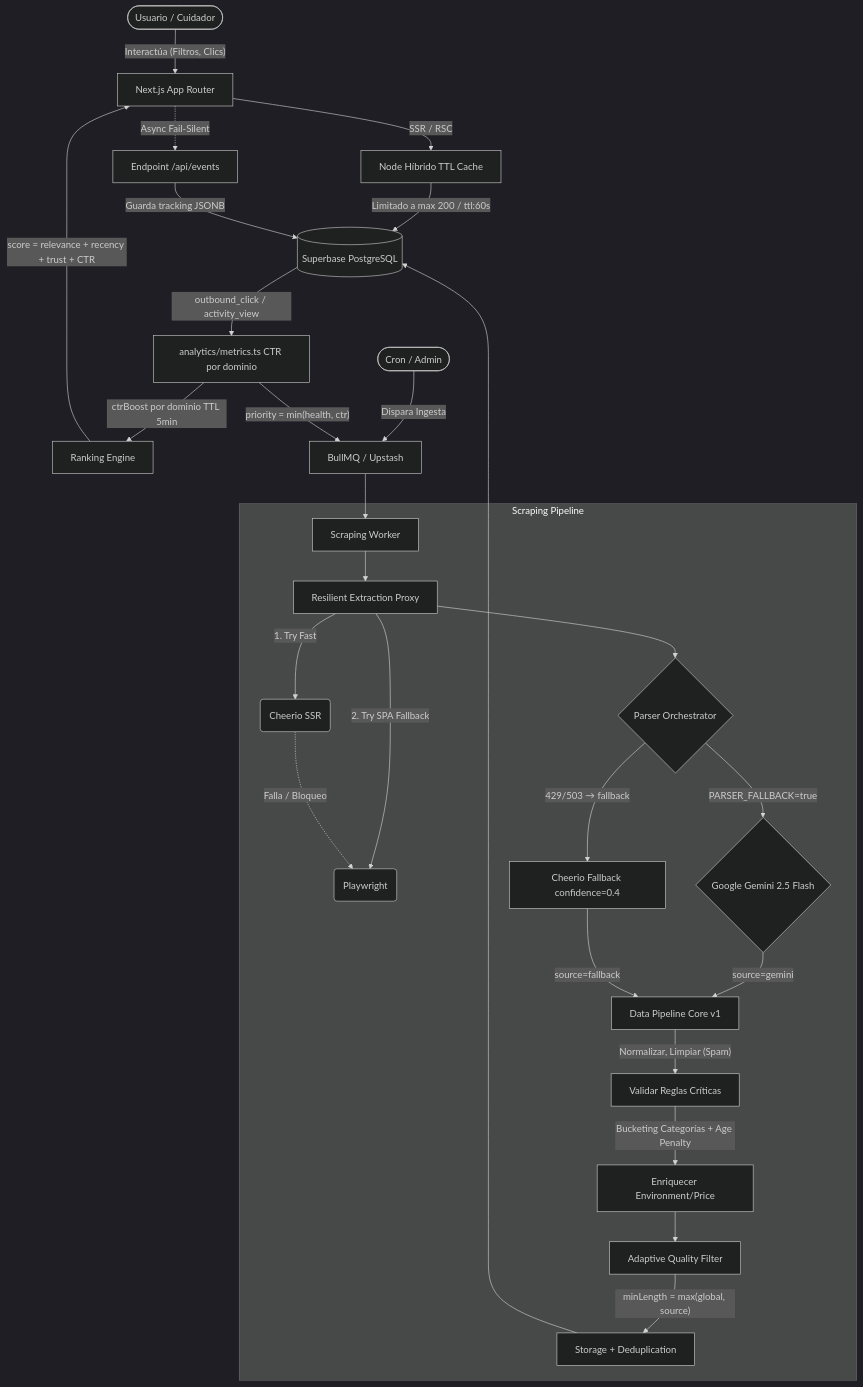
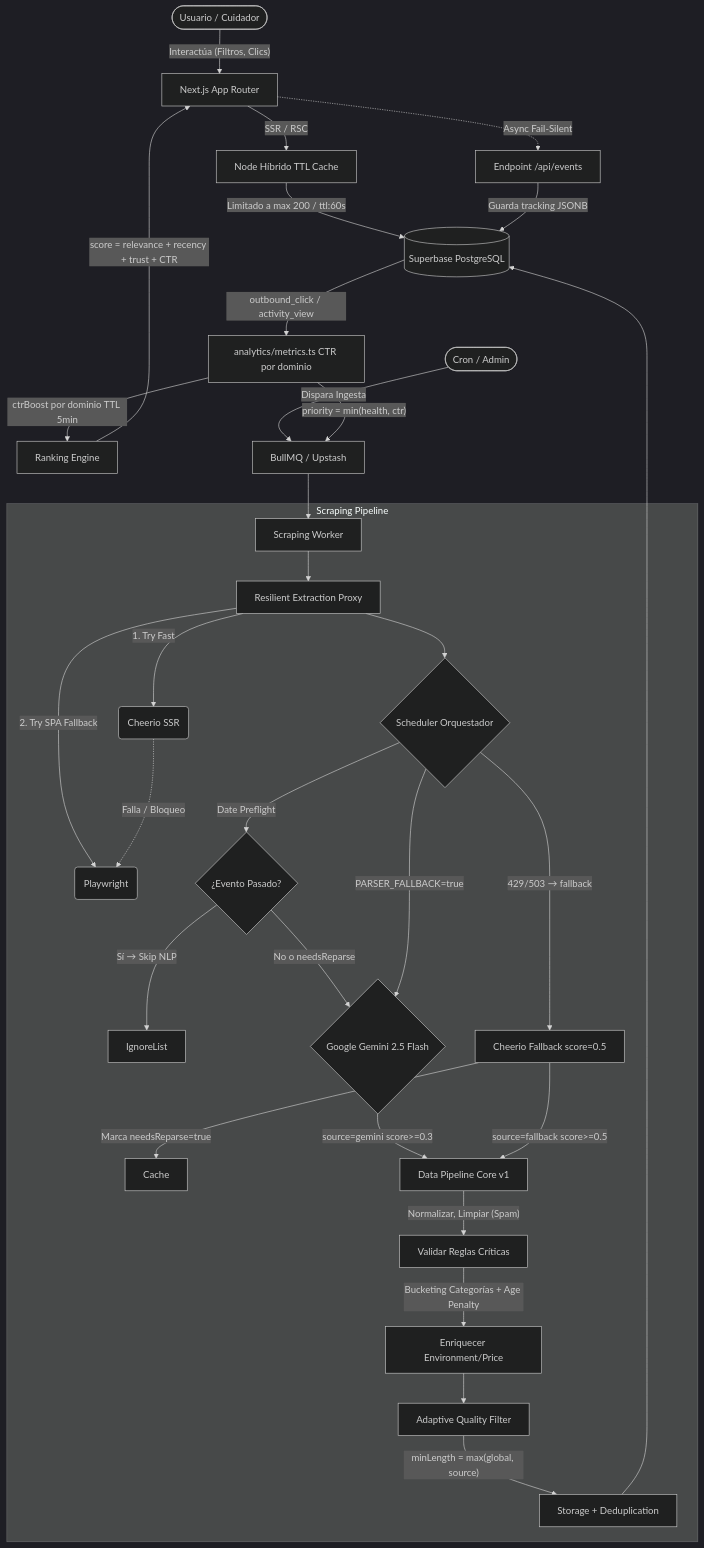
One commit to Darg9/infantia changed the diagram in ARCHITECTURE.md. Above: the diagram before and after it, drawn with Mermaid (dark theme). The commit also changed other lines of this file and 7 other files, not shown here.

````diff
--- a/ARCHITECTURE.md
+++ b/ARCHITECTURE.md
@@ -18,45 +18,50 @@
 ```mermaid
 flowchart TD
     %% Usuarios y UX
     User([Usuario / Cuidador]) --> |"Interactúa (Filtros, Clics)"| NextJS
     NextJS[Next.js App Router] --> |"SSR / RSC"| HybridCache[Node Híbrido TTL Cache]
     HybridCache --> |"Limitado a max 200 / ttl:60s"| DB[(Superbase PostgreSQL)]
 
     %% Tracker Analytics Zero-Dependency
     NextJS -.-> |"Async Fail-Silent"| EdgeAnalytics[Endpoint /api/events]
     EdgeAnalytics --> |"Guarda tracking JSONB"| DB
 
     %% CTR Feedback Loop (S44)
     DB --> |"outbound_click / activity_view"| CTRMetrics[analytics/metrics.ts CTR por dominio]
     CTRMetrics --> |"ctrBoost por dominio TTL 5min"| RankingEngine[Ranking Engine]
     RankingEngine --> |"score = relevance + recency + trust + CTR"| NextJS
 
     %% Ingesta (Cron / Admin)
     Admin([Cron / Admin]) --> |"Dispara Ingesta"| Queue[BullMQ / Upstash]
     CTRMetrics --> |"priority = min(health, ctr)"| Queue
     Queue --> Worker[Scraping Worker]
 
     %% Resilient Pipeline + Data Pipeline Core v1
     subgraph Scraping Pipeline
        Worker --> Proxy[Resilient Extraction Proxy]
        Proxy --> |"1. Try Fast"| Cheerio(Cheerio SSR)
        Proxy --> |"2. Try SPA Fallback"| Playwright(Playwright)
        Cheerio -.-> |"Falla / Bloqueo"| Playwright
        
-       %% Parser Resiliente (S52)
-       Proxy --> ParserOrch{Parser Orchestrator}
-       ParserOrch --> |"PARSER_FALLBACK=true"| NLP{Google Gemini 2.5 Flash}
-       ParserOrch --> |"429/503 → fallback"| CheerioFallback[Cheerio Fallback confidence=0.4]
-       NLP --> |"source=gemini"| DataPipeline
-       CheerioFallback --> |"source=fallback"| DataPipeline
+       %% Parser Resiliente y Scheduler Inteligente (S52-S55)
+       Proxy --> ParserOrch{Scheduler Orquestador}
+       ParserOrch --> |"Date Preflight"| PreflightGate{¿Evento Pasado?}
+       PreflightGate --> |"Sí → Skip NLP"| IgnoreList
+       PreflightGate --> |"No o needsReparse"| NLP{Google Gemini 2.5 Flash}
+       
+       ParserOrch --> |"PARSER_FALLBACK=true"| NLP
+       ParserOrch --> |"429/503 → fallback"| CheerioFallback[Cheerio Fallback score=0.5]
+       CheerioFallback --> |"Marca needsReparse=true"| Cache
+       NLP --> |"source=gemini score>=0.3"| DataPipeline
+       CheerioFallback --> |"source=fallback score>=0.5"| DataPipeline
 
        %% Data Pipeline System V1
        DataPipeline[Data Pipeline Core v1]
        DataPipeline --> |"Normalizar, Limpiar (Spam)"| DPValidator[Validar Reglas Críticas]
        DPValidator --> |"Bucketing Categorías + Age Penalty"| Enriquecimiento[Enriquecer Environment/Price]
        Enriquecimiento --> AdaptiveFilter[Adaptive Quality Filter]
        AdaptiveFilter --> |"minLength = max(global, source)"| StorageLayer[Storage + Deduplication]
     end
 
     StorageLayer --> DB
 ```
````
